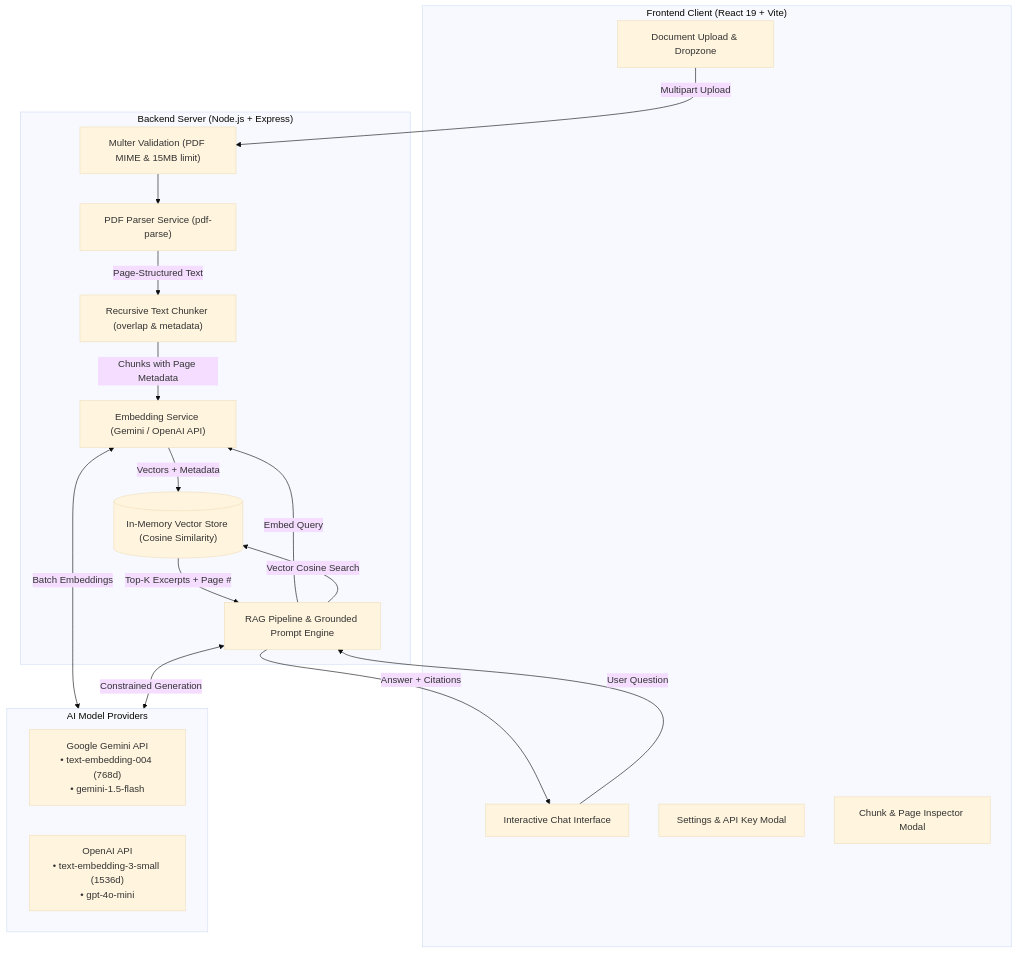
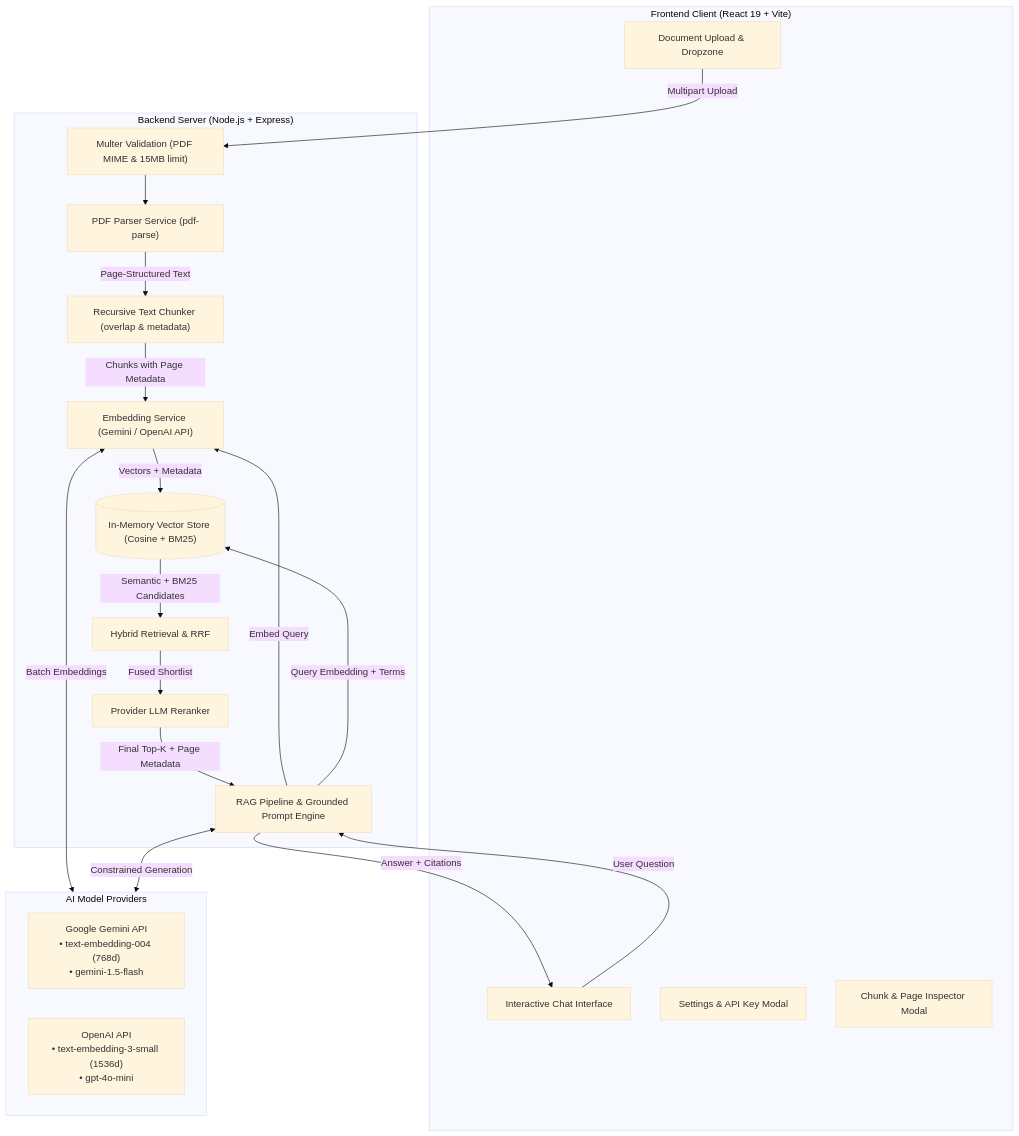
The diagram in README.md (Anju31-dot/DocuMind-AI), drawn with Mermaid (base theme) before and after one commit. The commit also changed other lines of this file and 6 other files, not shown here.

Commit message:
feat(rag): implement hybrid search and LLM reranking

````diff
--- a/README.md
+++ b/README.md
@@ -23,37 +23,41 @@
 ```mermaid
 flowchart TD
     subgraph Frontend["Frontend Client (React 19 + Vite)"]
         UploadUI["Document Upload & Dropzone"]
         ChatUI["Interactive Chat Interface"]
         SettingsUI["Settings & API Key Modal"]
         InspectorUI["Chunk & Page Inspector Modal"]
     end
 
     subgraph Backend["Backend Server (Node.js + Express)"]
         UploadMiddleware["Multer Validation (PDF MIME & 15MB limit)"]
         PDFParser["PDF Parser Service (pdf-parse)"]
         Chunker["Recursive Text Chunker (overlap & metadata)"]
         Embedder["Embedding Service (Gemini / OpenAI API)"]
-        VectorDB[("In-Memory Vector Store (Cosine Similarity)")]
+        VectorDB[("In-Memory Vector Store (Cosine + BM25)")]
+        HybridSearch["Hybrid Retrieval & RRF"]
+        Reranker["Provider LLM Reranker"]
         RAGService["RAG Pipeline & Grounded Prompt Engine"]
     end
 
     subgraph ExternalAPIs["AI Model Providers"]
         GeminiAPI["Google Gemini API\n• text-embedding-004 (768d)\n• gemini-1.5-flash"]
         OpenAIAPI["OpenAI API\n• text-embedding-3-small (1536d)\n• gpt-4o-mini"]
     end
 
     UploadUI -->|Multipart Upload| UploadMiddleware
     UploadMiddleware --> PDFParser
     PDFParser -->|Page-Structured Text| Chunker
     Chunker -->|Chunks with Page Metadata| Embedder
     Embedder <-->|Batch Embeddings| ExternalAPIs
     Embedder -->|Vectors + Metadata| VectorDB
 
     ChatUI -->|User Question| RAGService
     RAGService -->|Embed Query| Embedder
-    RAGService -->|Vector Cosine Search| VectorDB
-    VectorDB -->|Top-K Excerpts + Page #| RAGService
+    RAGService -->|Query Embedding + Terms| VectorDB
+    VectorDB -->|Semantic + BM25 Candidates| HybridSearch
+    HybridSearch -->|Fused Shortlist| Reranker
+    Reranker -->|Final Top-K + Page Metadata| RAGService
     RAGService <-->|Constrained Generation| ExternalAPIs
     RAGService -->|Answer + Citations| ChatUI
 ```
````
